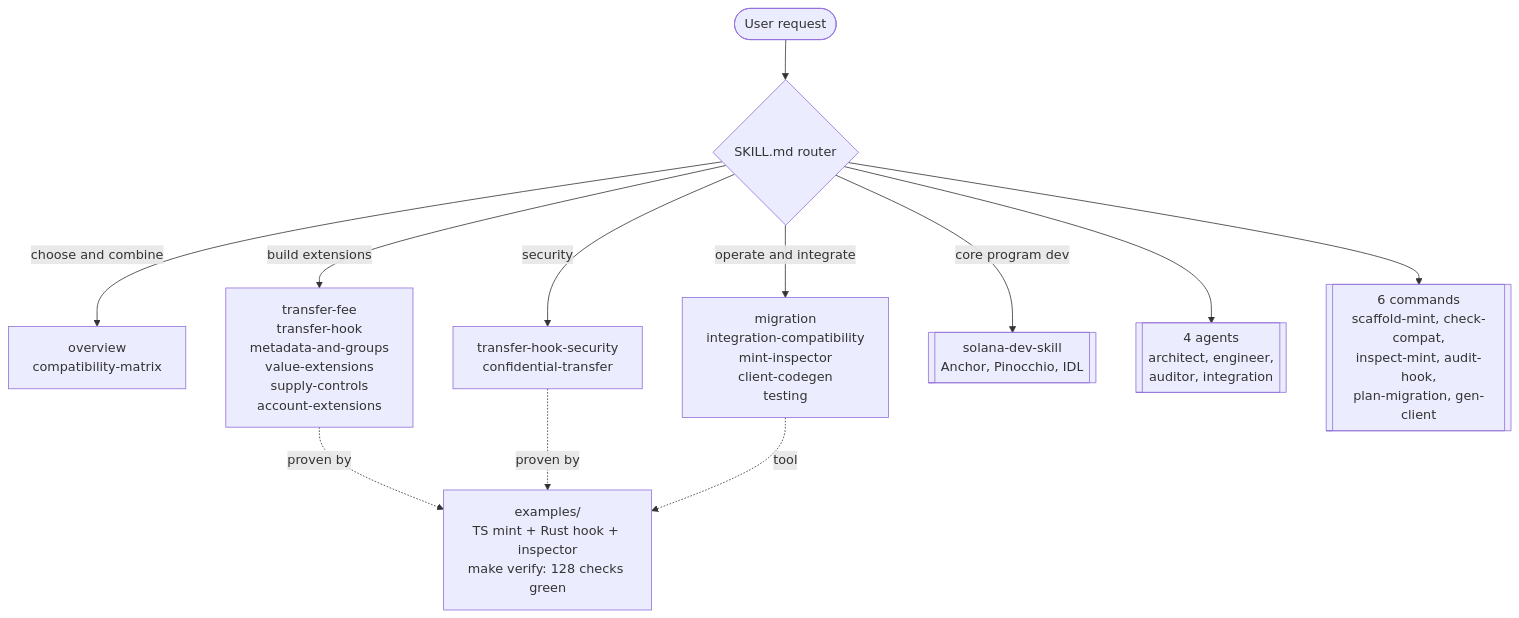
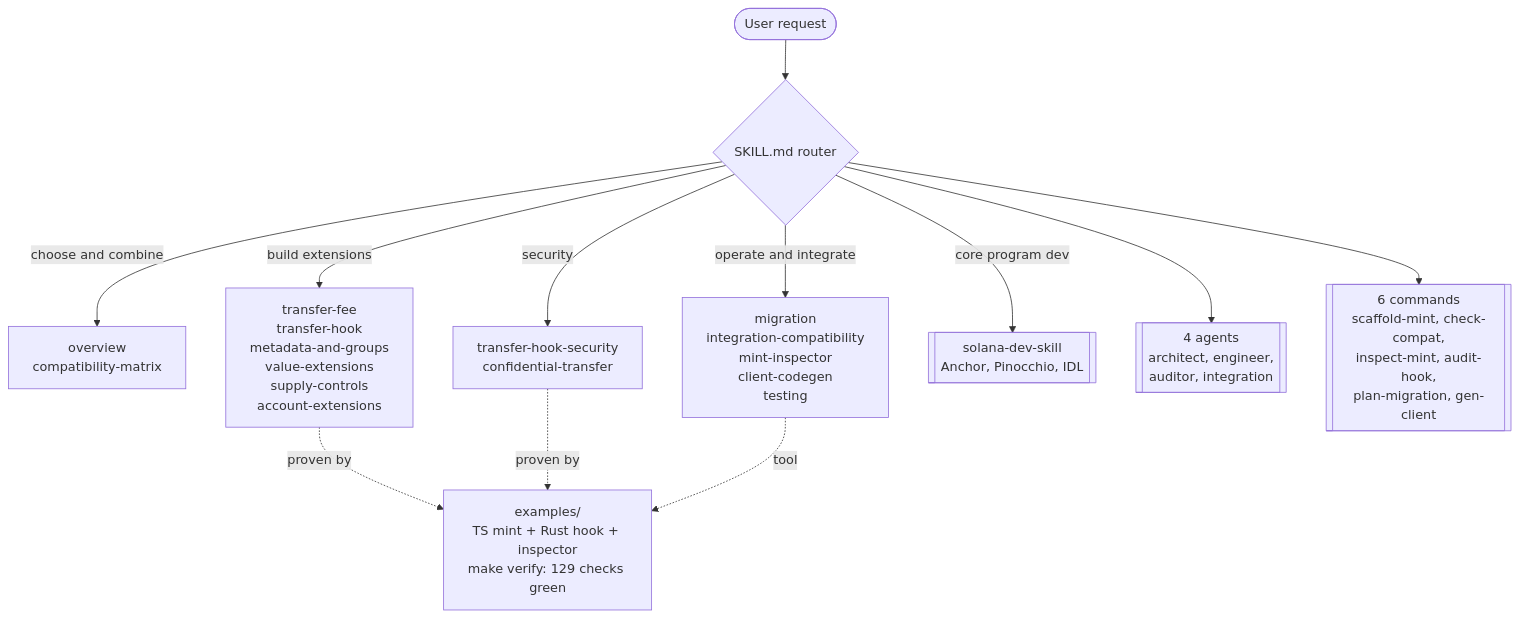
Before and after one commit to Andy00L/solana-token-extensions-skill: the second of 2 diagrams in README.md, drawn with Mermaid. The commit also changed other lines of this file and 9 other files, not shown here.

````diff
--- a/README.md
+++ b/README.md
@@ -60,14 +60,14 @@
 ```mermaid
 flowchart TD
     U([User request]) --> R{SKILL.md router}
     R -->|choose and combine| C["overview<br/>compatibility-matrix"]
     R -->|build extensions| B["transfer-fee<br/>transfer-hook<br/>metadata-and-groups<br/>value-extensions<br/>supply-controls<br/>account-extensions"]
     R -->|operate and integrate| O["migration<br/>integration-compatibility<br/>mint-inspector<br/>client-codegen<br/>testing"]
     R -->|security| S["transfer-hook-security<br/>confidential-transfer"]
     R -->|core program dev| CORE[["solana-dev-skill<br/>Anchor, Pinocchio, IDL"]]
     R --> AG[["4 agents<br/>architect, engineer,<br/>auditor, integration"]]
     R --> CMD[["6 commands<br/>scaffold-mint, check-compat,<br/>inspect-mint, audit-hook,<br/>plan-migration, gen-client"]]
-    B -.proven by.-> EX["examples/<br/>TS mint + Rust hook + inspector<br/>make verify: 128 checks green"]
+    B -.proven by.-> EX["examples/<br/>TS mint + Rust hook + inspector<br/>make verify: 129 checks green"]
     S -.proven by.-> EX
     O -.tool.-> EX
 ```
````
